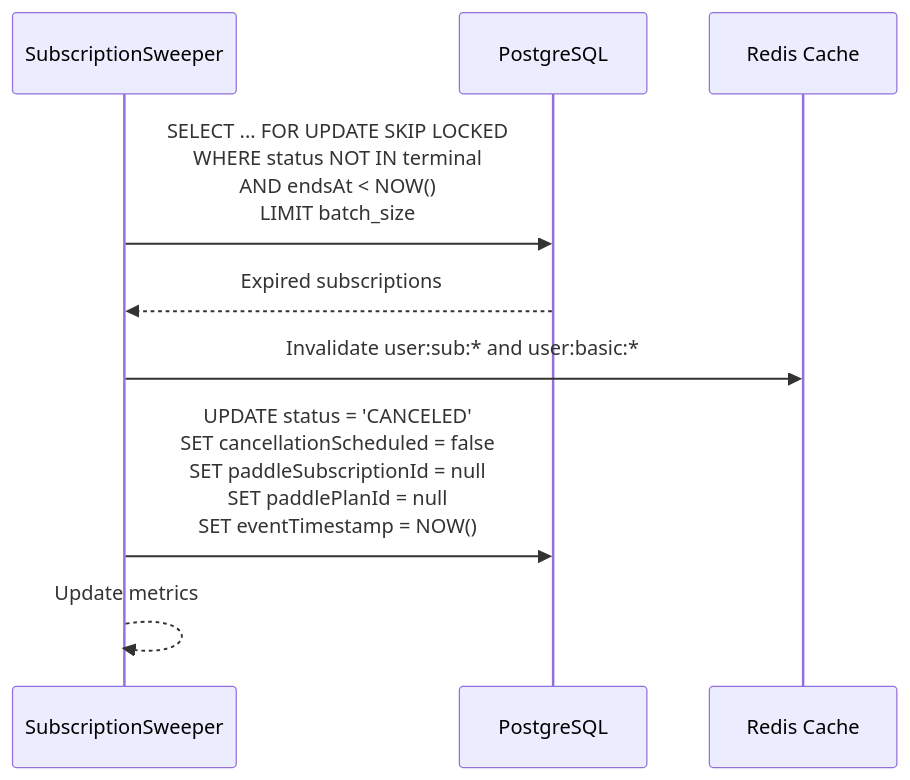
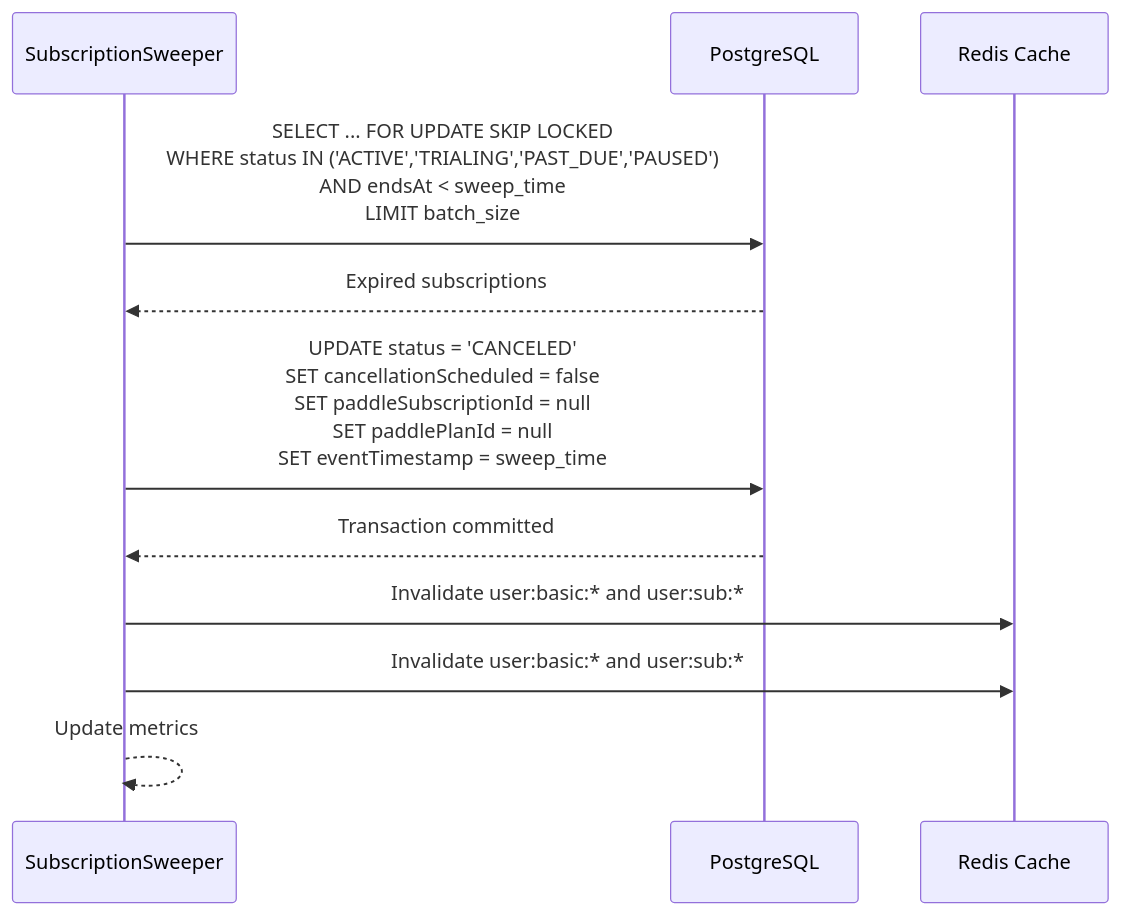
The fourth of 8 diagrams in services/workers/docs/components/cron-worker.md (kunalPisolkar24/detectAI), drawn with Mermaid before and after one commit. The commit also changed other lines of this file and 10 other files, not shown here.

````diff
--- a/services/workers/docs/components/cron-worker.md
+++ b/services/workers/docs/components/cron-worker.md
@@ -64,12 +116,14 @@
 ```mermaid
 sequenceDiagram
     participant Sweeper as SubscriptionSweeper
     participant DB as PostgreSQL
     participant Cache as Redis Cache
 
-    Sweeper->>DB: SELECT ... FOR UPDATE SKIP LOCKED<br/>WHERE status NOT IN terminal<br/>AND endsAt < NOW()<br/>LIMIT batch_size
+    Sweeper->>DB: SELECT ... FOR UPDATE SKIP LOCKED<br/>WHERE status IN ('ACTIVE','TRIALING','PAST_DUE','PAUSED')<br/>AND endsAt < sweep_time<br/>LIMIT batch_size
     DB-->>Sweeper: Expired subscriptions
-    Sweeper->>Cache: Invalidate user:sub:* and user:basic:*
-    Sweeper->>DB: UPDATE status = 'CANCELED'<br/>SET cancellationScheduled = false<br/>SET paddleSubscriptionId = null<br/>SET paddlePlanId = null<br/>SET eventTimestamp = NOW()
+    Sweeper->>DB: UPDATE status = 'CANCELED'<br/>SET cancellationScheduled = false<br/>SET paddleSubscriptionId = null<br/>SET paddlePlanId = null<br/>SET eventTimestamp = sweep_time
+    DB-->>Sweeper: Transaction committed
+    Sweeper->>Cache: Invalidate user:basic:* and user:sub:*
+    Sweeper->>Cache: Invalidate user:basic:* and user:sub:*
     Sweeper-->>Sweeper: Update metrics
 ```
````
